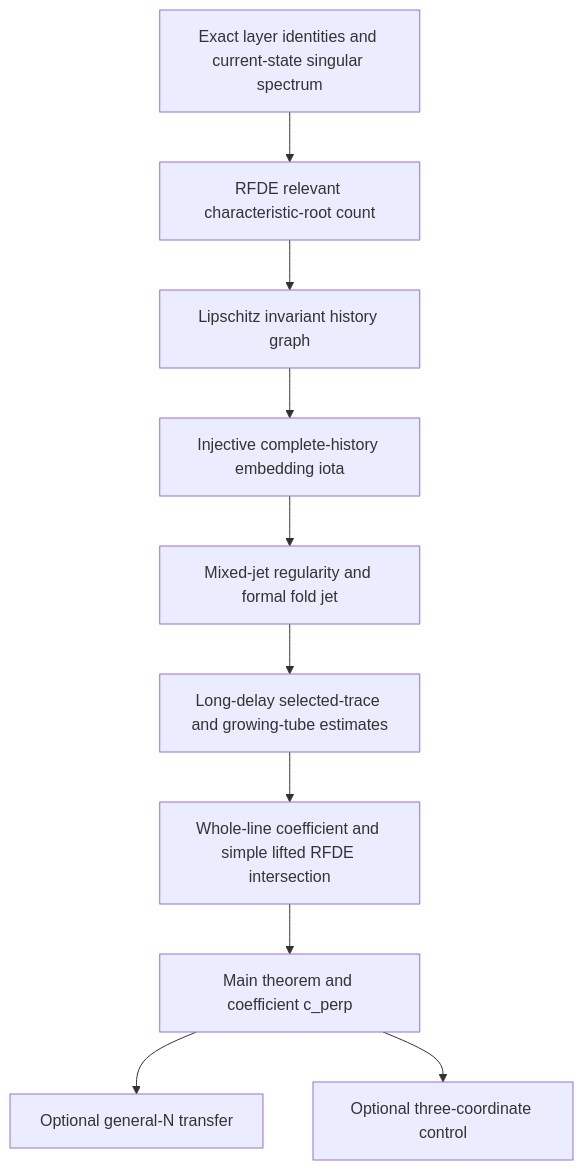
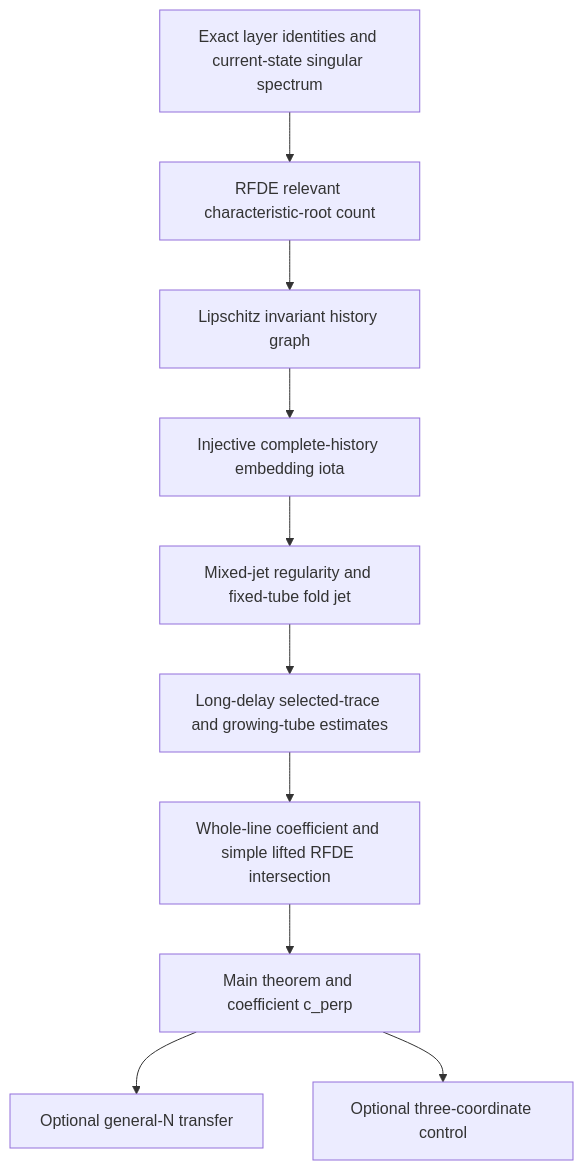
One commit to h-lu/canard-aware-network-control changed the diagram in docs/flagship-research-design.md. Above: the diagram before and after it, drawn with Mermaid. The commit also changed other lines of this file and 10 other files, not shown here.

````diff
--- a/docs/flagship-research-design.md
+++ b/docs/flagship-research-design.md
@@ -324,12 +327,12 @@
 ```mermaid
 flowchart TD
     A["Exact layer identities and current-state singular spectrum"] --> B["RFDE relevant characteristic-root count"]
     B --> C["Lipschitz invariant history graph"]
     C --> D["Injective complete-history embedding iota"]
-    D --> E["Mixed-jet regularity and formal fold jet"]
+    D --> E["Mixed-jet regularity and fixed-tube fold jet"]
     E --> F["Long-delay selected-trace and growing-tube estimates"]
     F --> G["Whole-line coefficient and simple lifted RFDE intersection"]
     G --> H["Main theorem and coefficient c_perp"]
     H --> I["Optional general-N transfer"]
     H --> J["Optional three-coordinate control"]
 ```
````
